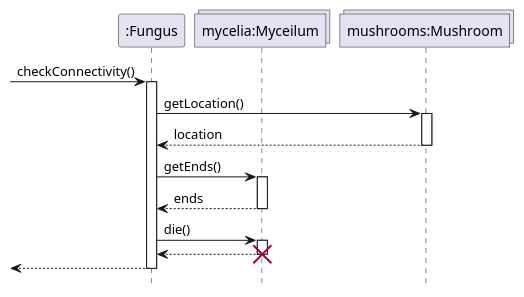
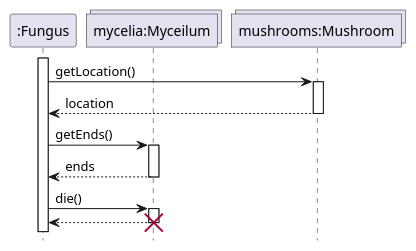
Before and after one commit to ZD4ve/projlab-error521: the diagram in Fungus/check-connectivity.pu, drawn with PlantUML. The commit also changed 7 other files, not shown here.

```diff
--- a/Fungus/check-connectivity.pu
+++ b/Fungus/check-connectivity.pu
@@ -1,28 +1,32 @@
 @startuml Fungus/check-connectivity
 hide footbox
 
 participant ":Fungus" as fungus
 collections "mycelia:Myceilum" as mycelium
 collections "mushrooms:Mushroom" as mushroom
 
-
--> fungus : checkConnectivity()
+'Dávid:
+' hmm, a Fungusnak nincs ilyen függvénye
+'!! vagy kerüljön be az osztálydiagramba vagy ne legyen itt
+' VAGY mivel ez csak ref ként van, ezért nincs bejövő esemény csak beemeljük már élő lifelineba?
+'-> fungus : checkConnectivity()
 activate fungus
 
 fungus -> mushroom : getLocation()
 activate mushroom
 return location
 
 fungus -> mycelium : getEnds()
 activate mycelium
 return ends
 
-
+' ezt opt-ba? mert nem mindegyikre hívja meg
+' opt feltétele vagy semmi, vagy valami szöveg pl. "disconnected from Mushrooms"
 fungus -> mycelium : die()
 activate mycelium
 return
 destroy mycelium
 
-return
+'return
 
 @enduml
```
